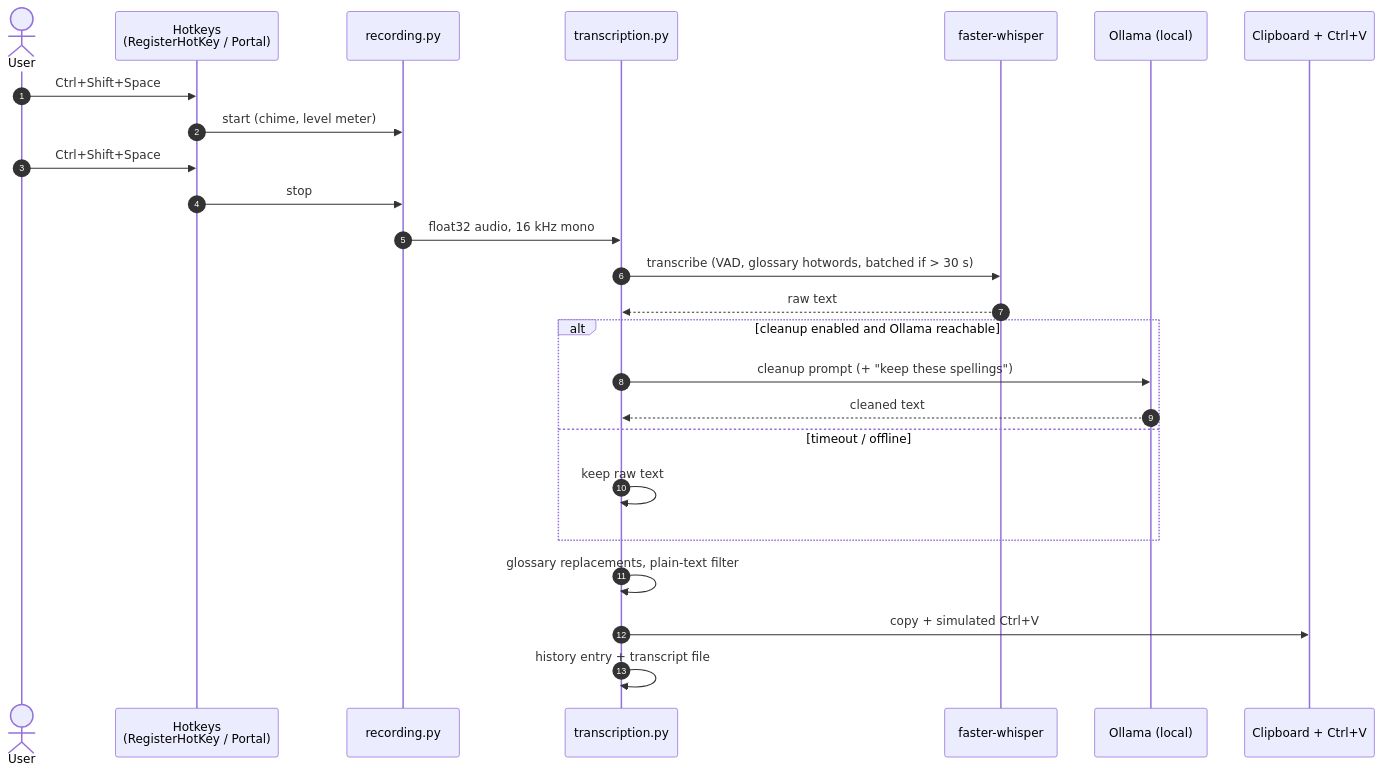
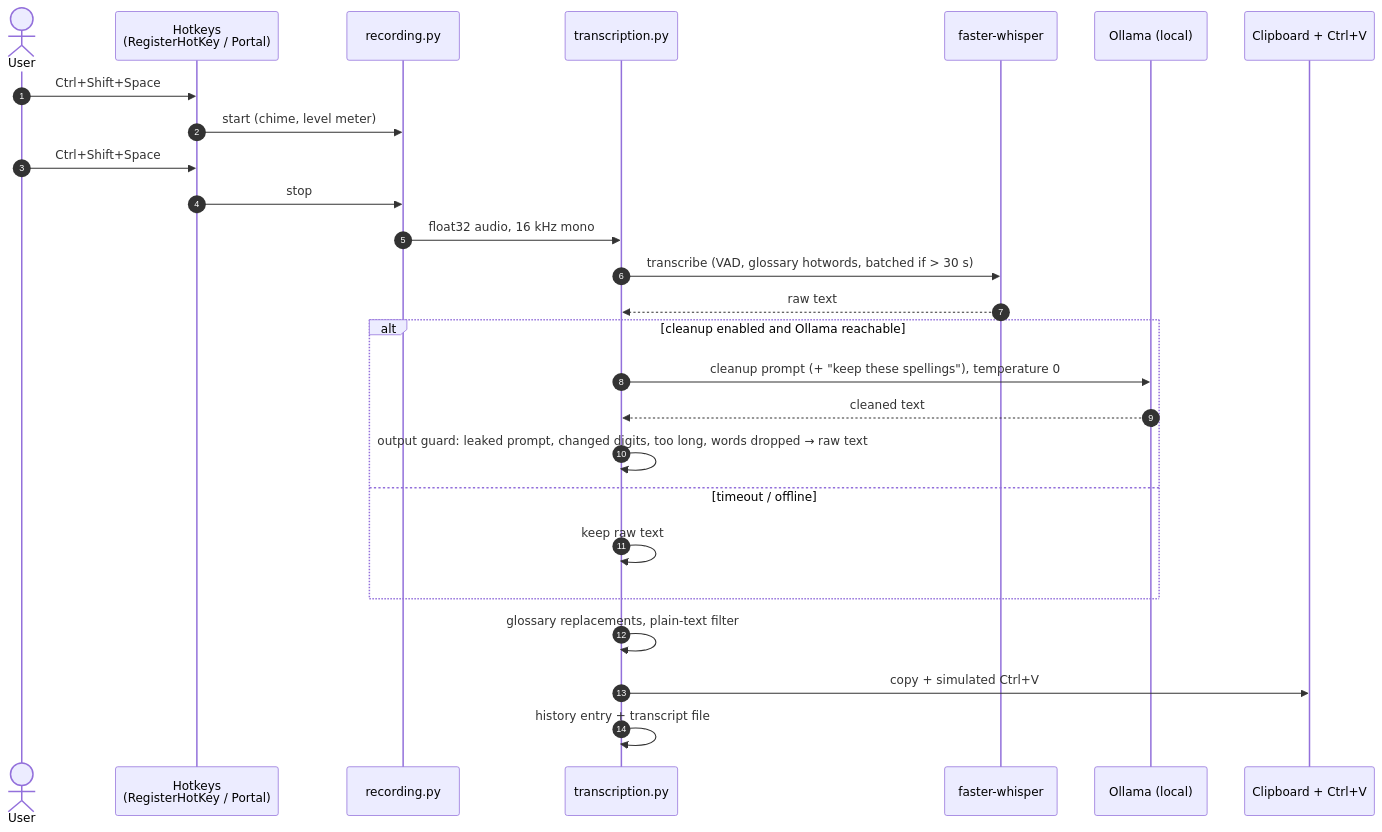
One commit to Mosaik114/hams-bachelorprojekt changed the diagram in docs/architecture.md. Above: the diagram before and after it, drawn with Mermaid. The commit also changed other lines of this file and 15 other files, not shown here.

First line of the commit message:
Make the LLM cleanup deterministic and guard its output

````diff
--- a/docs/architecture.md
+++ b/docs/architecture.md
@@ -8,28 +8,29 @@
 ```mermaid
 sequenceDiagram
   autonumber
   actor U as User
   participant HK as Hotkeys<br/>(RegisterHotKey / Portal)
   participant REC as recording.py
   participant TR as transcription.py
   participant W as faster-whisper
   participant O as Ollama (local)
   participant OS as Clipboard + Ctrl+V
 
   U->>HK: Ctrl+Shift+Space
   HK->>REC: start (chime, level meter)
   U->>HK: Ctrl+Shift+Space
   HK->>REC: stop
   REC->>TR: float32 audio, 16 kHz mono
   TR->>W: transcribe (VAD, glossary hotwords, batched if > 30 s)
   W-->>TR: raw text
   alt cleanup enabled and Ollama reachable
-    TR->>O: cleanup prompt (+ "keep these spellings")
+    TR->>O: cleanup prompt (+ "keep these spellings"), temperature 0
     O-->>TR: cleaned text
+    TR->>TR: output guard: leaked prompt, changed digits, too long, words dropped → raw text
   else timeout / offline
     TR->>TR: keep raw text
   end
   TR->>TR: glossary replacements, plain-text filter
   TR->>OS: copy + simulated Ctrl+V
   TR->>TR: history entry + transcript file
 ```
````
